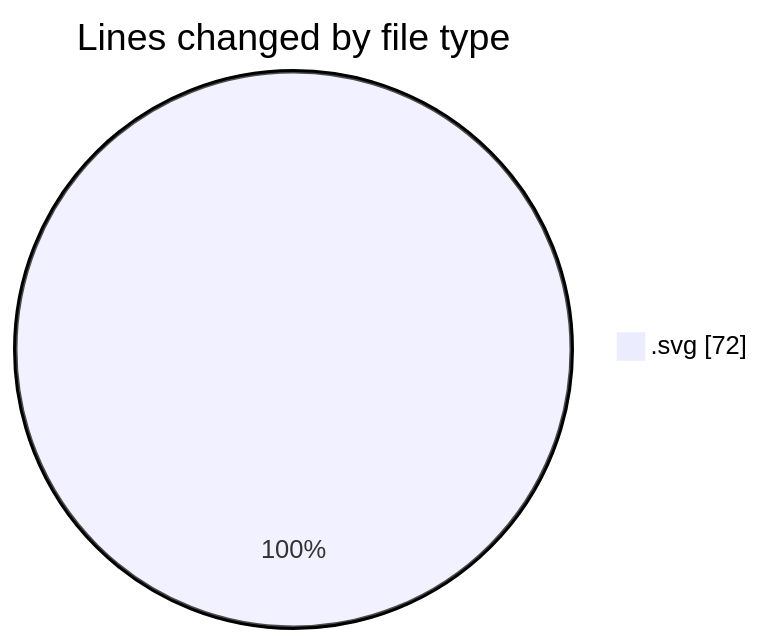
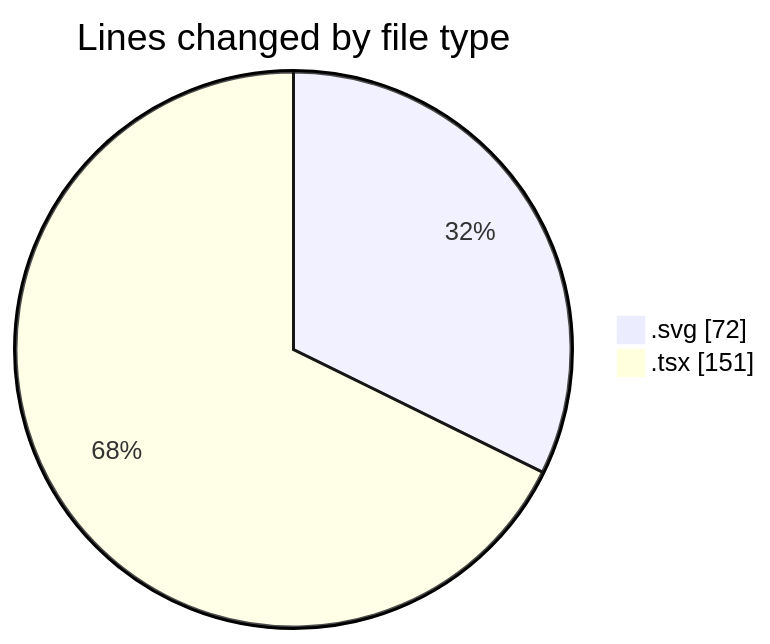
The first of 2 diagrams in 2025-08-06/tw-server/README.md (EIIisD/code-tracking), drawn with Mermaid before and after one commit. The commit also changed other lines of this file and 1 other file, not shown here.

````diff
--- a/2025-08-06/tw-server/README.md
+++ b/2025-08-06/tw-server/README.md
@@ -20,5 +21,6 @@
 ```mermaid
 pie showData
 title Lines changed by file type
 ".svg" : 72
+".tsx" : 151
 ```
````
